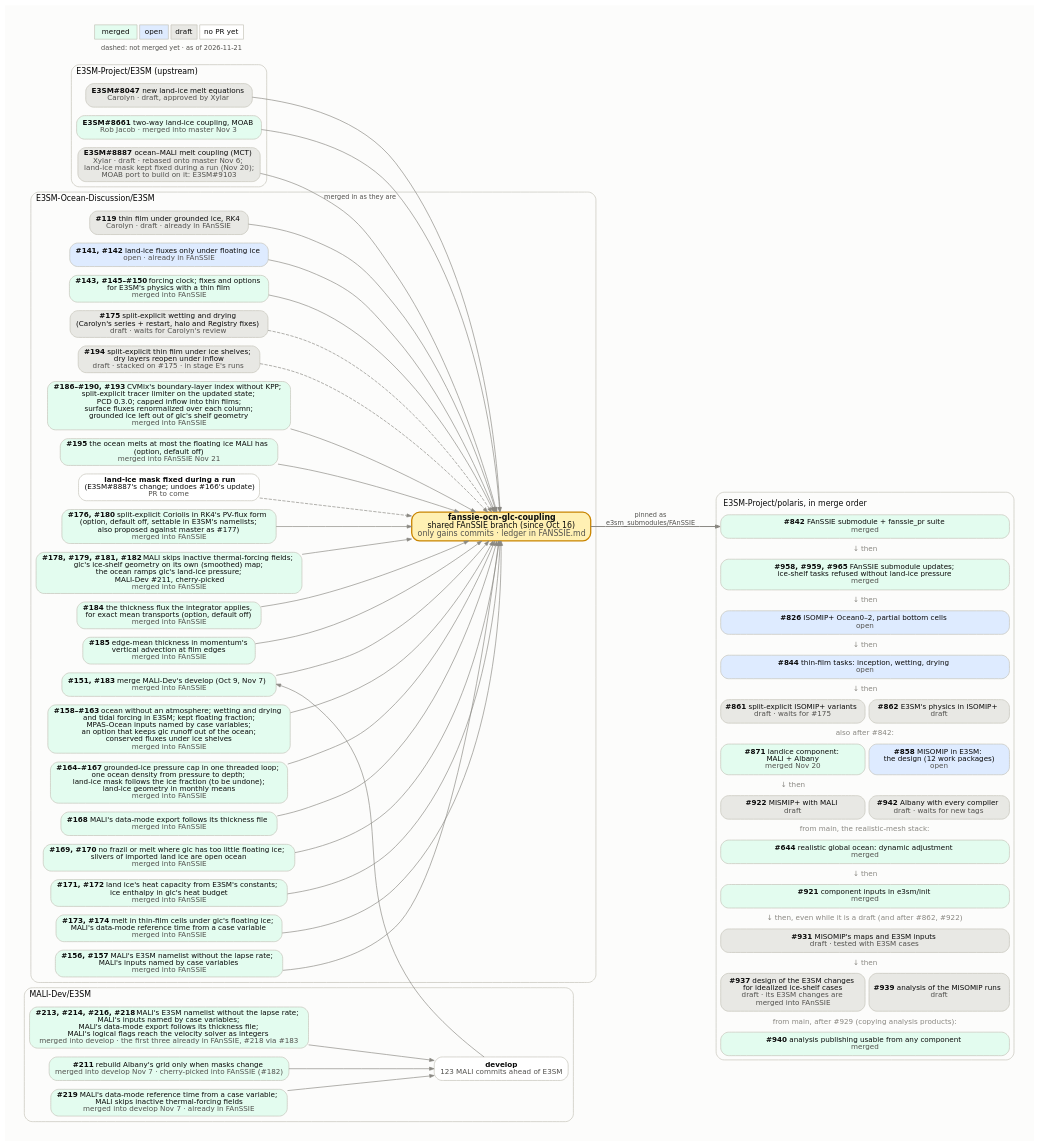
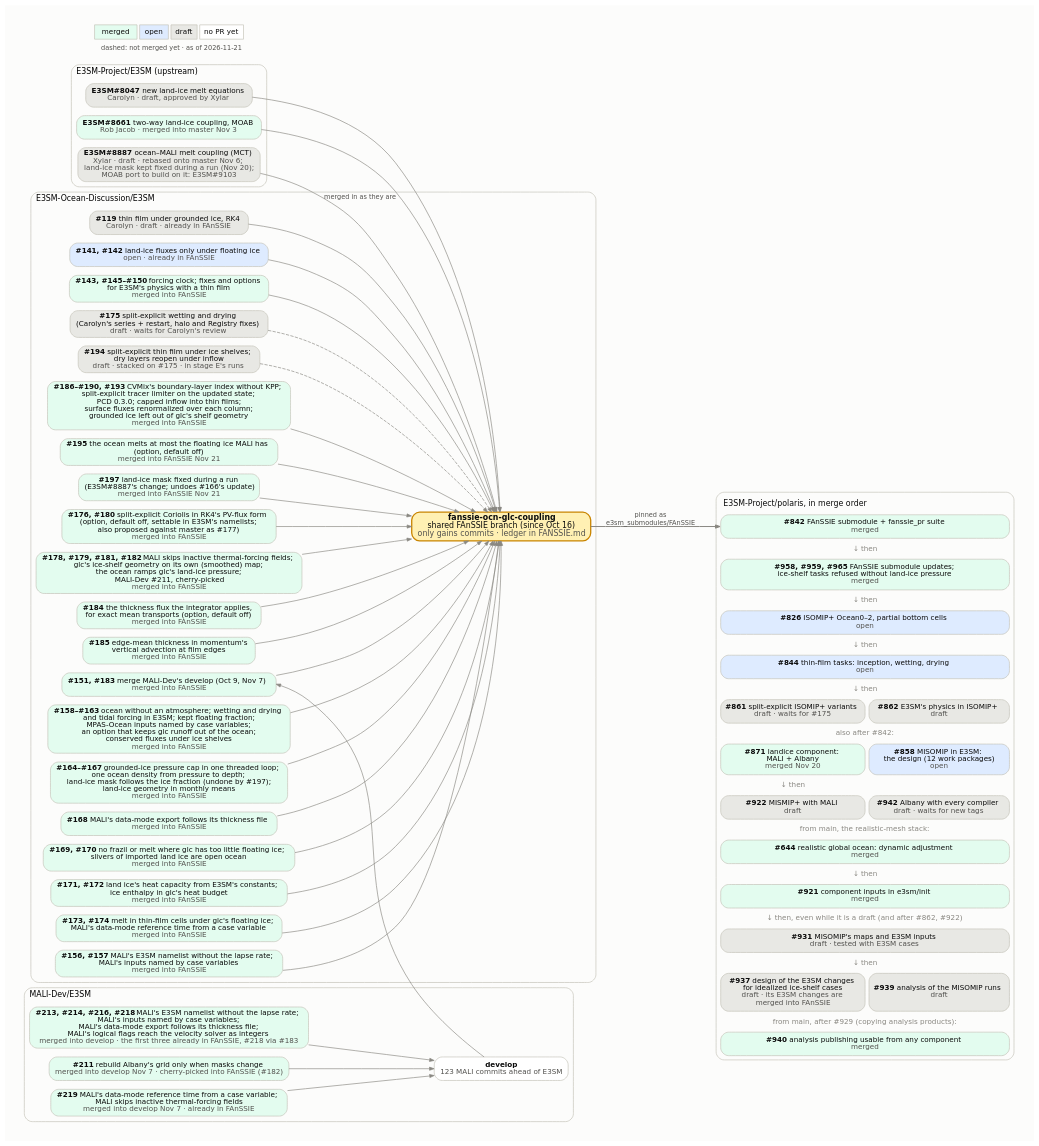
The diagram in docs/design_docs/misomip/code_flow.dot (E3SM-Project/polaris), drawn with Graphviz before and after one commit. The commit also changed 3 other files, not shown here.

Commit message:
Show the fixed land-ice mask as merged in the MISOMIP figures

```diff
--- a/docs/design_docs/misomip/code_flow.dot
+++ b/docs/design_docs/misomip/code_flow.dot
@@ -51,14 +51,14 @@
     d194 [label=<<b>#194</b>  split-explicit thin film under ice shelves;<br/>dry layers reopen under inflow<br/><font color="#52514e">draft · stacked on #175 · in stage E's runs</font>>, fillcolor="#e8e8e4"];
     d186 [label=<<b>#186–#190, #193</b>  CVMix's boundary-layer index without KPP;<br/>split-explicit tracer limiter on the updated state;<br/>PCD 0.3.0; capped inflow into thin films;<br/>surface fluxes renormalized over each column;<br/>grounded ice left out of glc's shelf geometry<br/><font color="#52514e">merged into FAnSSIE</font>>, fillcolor="#e3fcef"];
     d195 [label=<<b>#195</b>  the ocean melts at most the floating ice MALI has<br/>(option, default off)<br/><font color="#52514e">merged into FAnSSIE Nov 21</font>>, fillcolor="#e3fcef"];
-    dmask [label=<<b>land-ice mask fixed during a run</b><br/>(E3SM#8887's change; undoes #166's update)<br/><font color="#52514e">PR to come</font>>, fillcolor="#ffffff"];
+    dmask [label=<<b>#197</b>  land-ice mask fixed during a run<br/>(E3SM#8887's change; undoes #166's update)<br/><font color="#52514e">merged into FAnSSIE Nov 21</font>>, fillcolor="#e3fcef"];
     d176 [label=<<b>#176, #180</b>  split-explicit Coriolis in RK4's PV-flux form<br/>(option, default off, settable in E3SM's namelists;<br/>also proposed against master as #177)<br/><font color="#52514e">merged into FAnSSIE</font>>, fillcolor="#e3fcef"];
     d178 [label=<<b>#178, #179, #181, #182</b>  MALI skips inactive thermal-forcing fields;<br/>glc's ice-shelf geometry on its own (smoothed) map;<br/>the ocean ramps glc's land-ice pressure;<br/>MALI-Dev #211, cherry-picked<br/><font color="#52514e">merged into FAnSSIE</font>>, fillcolor="#e3fcef"];
     d184 [label=<<b>#184</b>  the thickness flux the integrator applies,<br/>for exact mean transports (option, default off)<br/><font color="#52514e">merged into FAnSSIE</font>>, fillcolor="#e3fcef"];
     dvadv [label=<<b>#185</b>  edge-mean thickness in momentum's<br/>vertical advection at film edges<br/><font color="#52514e">merged into FAnSSIE</font>>, fillcolor="#e3fcef"];
     d151 [label=<<b>#151, #183</b>  merge MALI-Dev's develop (Oct 9, Nov 7)<br/><font color="#52514e">merged into FAnSSIE</font>>, fillcolor="#e3fcef"];
     d158 [label=<<b>#158–#163</b>  ocean without an atmosphere; wetting and drying<br/>and tidal forcing in E3SM; kept floating fraction;<br/>MPAS-Ocean inputs named by case variables;<br/>an option that keeps glc runoff out of the ocean;<br/>conserved fluxes under ice shelves<br/><font color="#52514e">merged into FAnSSIE</font>>, fillcolor="#e3fcef"];
-    d164 [label=<<b>#164–#167</b>  grounded-ice pressure cap in one threaded loop;<br/>one ocean density from pressure to depth;<br/>land-ice mask follows the ice fraction (to be undone);<br/>land-ice geometry in monthly means<br/><font color="#52514e">merged into FAnSSIE</font>>, fillcolor="#e3fcef"];
+    d164 [label=<<b>#164–#167</b>  grounded-ice pressure cap in one threaded loop;<br/>one ocean density from pressure to depth;<br/>land-ice mask follows the ice fraction (undone by #197);<br/>land-ice geometry in monthly means<br/><font color="#52514e">merged into FAnSSIE</font>>, fillcolor="#e3fcef"];
     d168 [label=<<b>#168</b>  MALI's data-mode export follows its thickness file<br/><font color="#52514e">merged into FAnSSIE</font>>, fillcolor="#e3fcef"];
     d169 [label=<<b>#169, #170</b>  no frazil or melt where glc has too little floating ice;<br/>slivers of imported land ice are open ocean<br/><font color="#52514e">merged into FAnSSIE</font>>, fillcolor="#e3fcef"];
     d171 [label=<<b>#171, #172</b>  land ice's heat capacity from E3SM's constants;<br/>ice enthalpy in glc's heat budget<br/><font color="#52514e">merged into FAnSSIE</font>>, fillcolor="#e3fcef"];
@@ -106,7 +106,7 @@
   d194 -> fanssie [style=dashed];
   d186 -> fanssie;
   d195 -> fanssie;
-  dmask -> fanssie [style=dashed];
+  dmask -> fanssie;
   m211 -> malidev;
   m213 -> malidev;
   m219 -> malidev;
```
